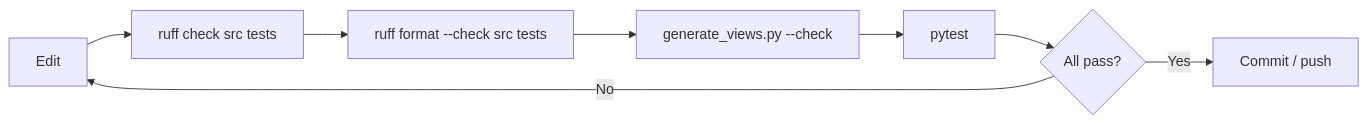
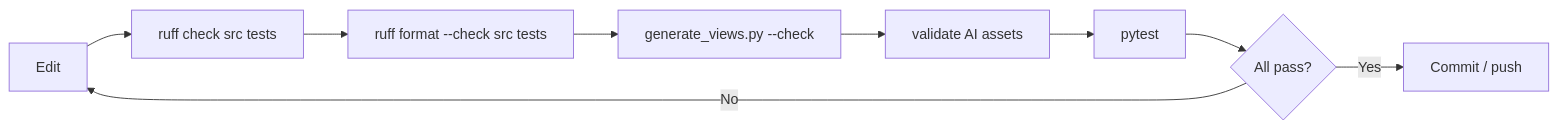
One commit to turbo-gecko/CPM_FM changed the second of 6 diagrams in docs/dev_guideline.md. Above: the diagram before and after it, drawn with Mermaid. The commit also changed other lines of this file and 29 other files, not shown here.

````diff
--- a/docs/dev_guideline.md
+++ b/docs/dev_guideline.md
@@ -153,10 +154,11 @@
 ```mermaid
 flowchart LR
     A[Edit] --> B[ruff check src tests]
     B --> C[ruff format --check src tests]
     C --> D[generate_views.py --check]
-    D --> E[pytest]
-    E --> F{All pass?}
-    F -- No --> A
-    F -- Yes --> G[Commit / push]
+    D --> E[validate AI assets]
+    E --> F[pytest]
+    F --> G{All pass?}
+    G -- No --> A
+    G -- Yes --> H[Commit / push]
 ```
````
